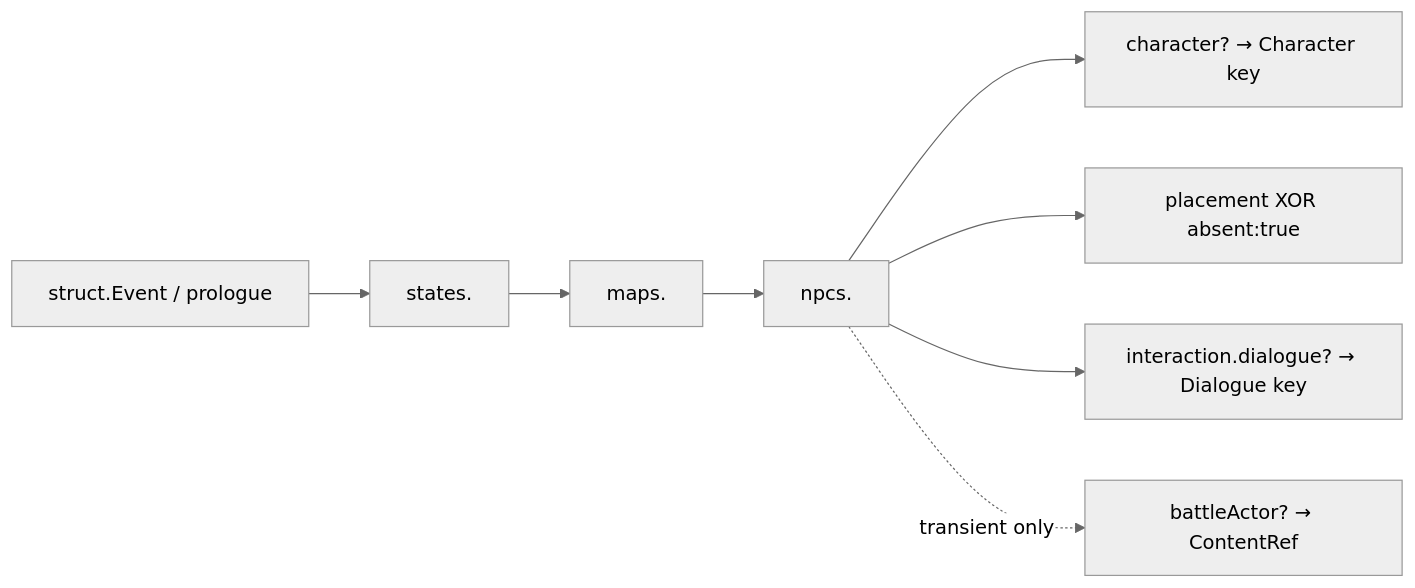
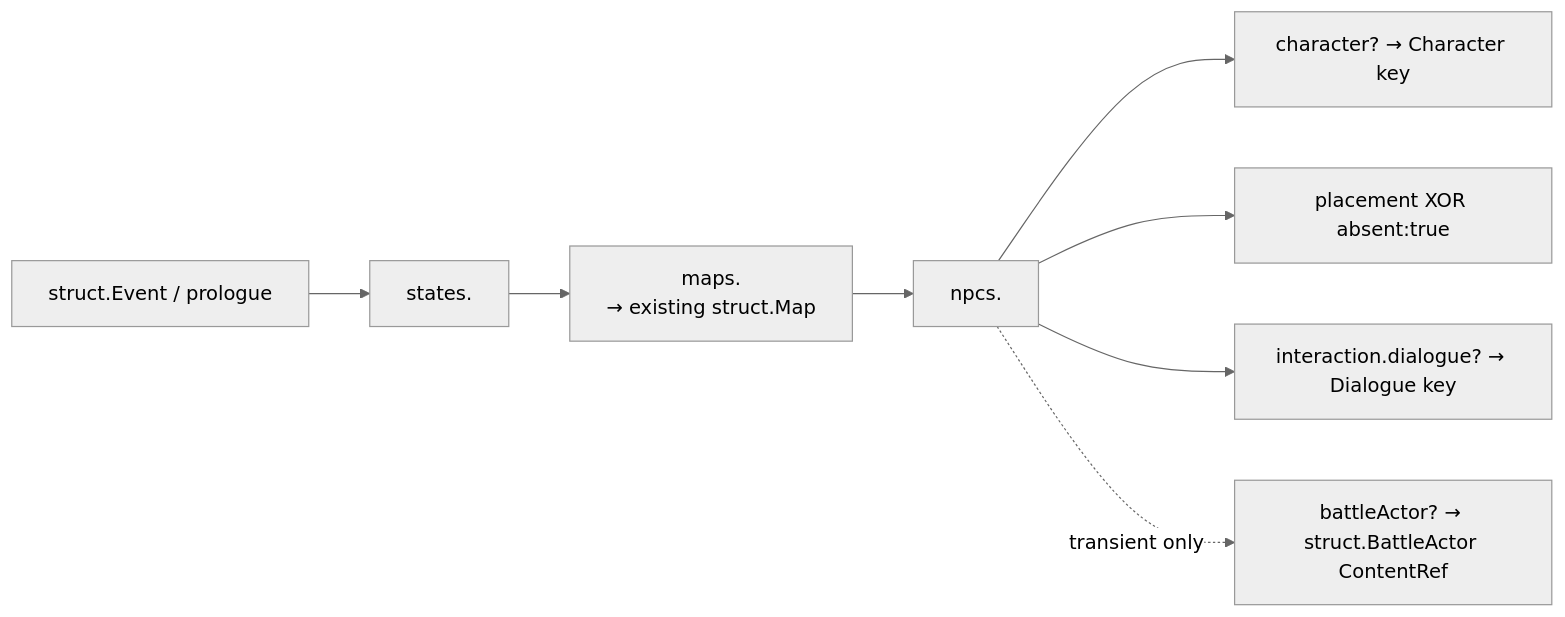
One commit to lithdoo/loom-realm changed the fifth of 11 diagrams in examples/PokeMan/doc/65-data-model-diagram.md. Above: the diagram before and after it, drawn with Mermaid (neutral theme). The commit also changed other lines of this file, not shown here.

Commit message:
docs(PokeMan): sync data model diagram

````diff
--- a/examples/PokeMan/doc/65-data-model-diagram.md
+++ b/examples/PokeMan/doc/65-data-model-diagram.md
@@ -148,10 +168,10 @@
 ```mermaid
 flowchart LR
   EventRecord["struct.Event / prologue"] --> States["states.<stateId>"]
-  States --> Maps["maps.<decimal-mapId>"]
+  States --> Maps["maps.<decimal-mapId>\n→ existing struct.Map"]
   Maps --> Npcs["npcs.<npcId>"]
   Npcs --> CharacterRef["character? → Character key"]
   Npcs --> Placement["placement XOR absent:true"]
   Npcs --> DialogueRef["interaction.dialogue? → Dialogue key"]
-  Npcs -. transient only .-> BattleRef["battleActor? → ContentRef"]
+  Npcs -. transient only .-> BattleRef["battleActor? → struct.BattleActor ContentRef"]
 ```
````
